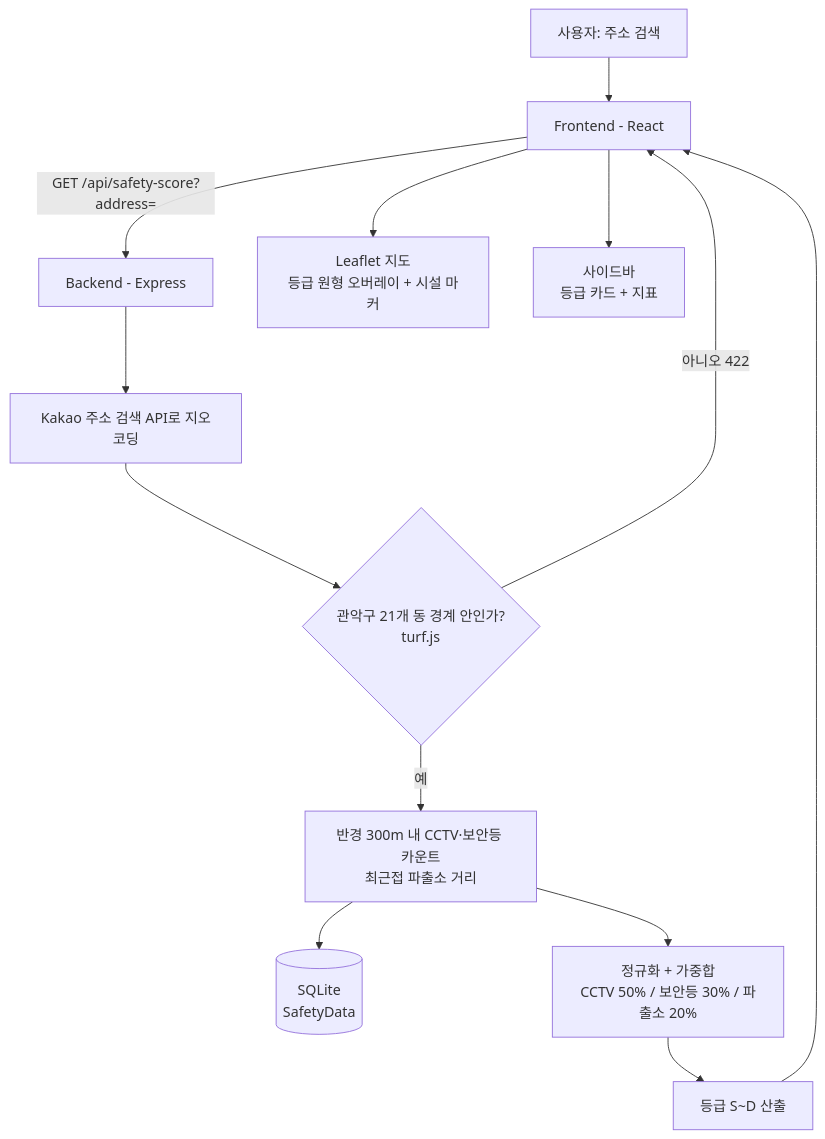
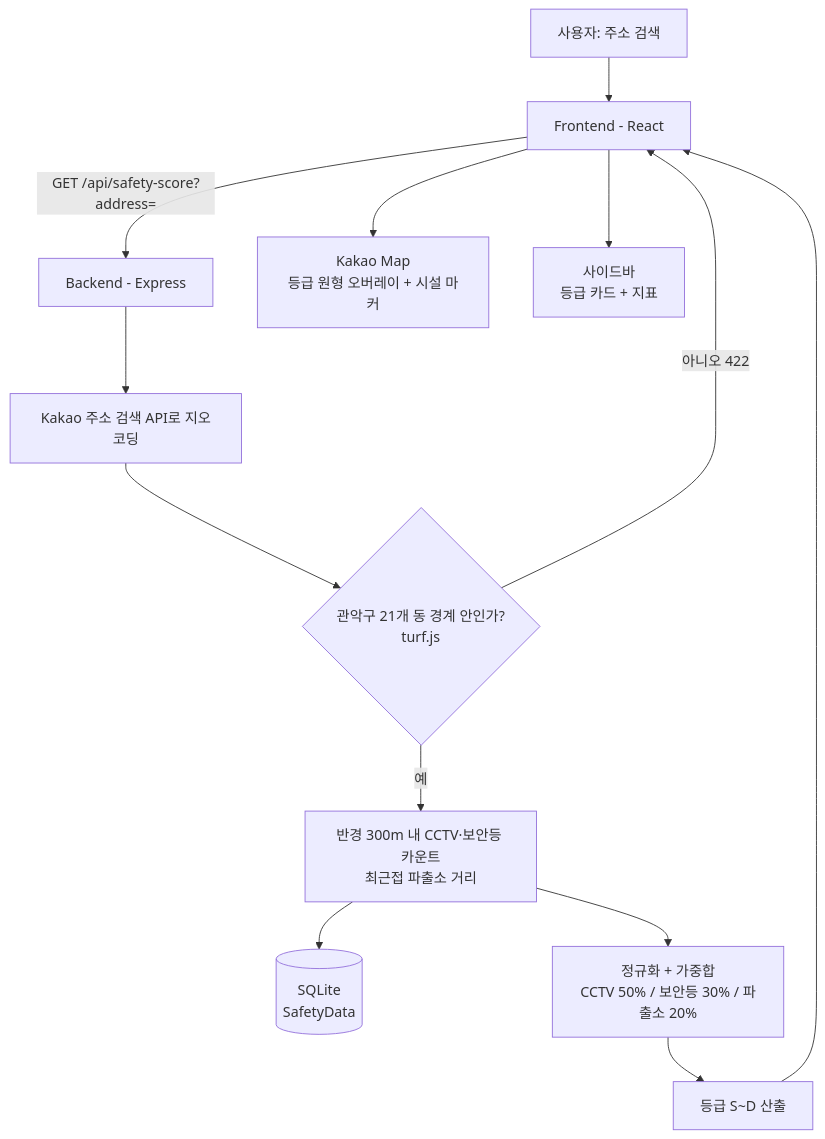
One commit to fud21/2026_GDGoC_SCH changed the diagram in README.md. Above: the diagram before and after it, drawn with Mermaid. The commit also changed other lines of this file and 5 other files, not shown here.

````diff
--- a/README.md
+++ b/README.md
@@ -58,15 +58,15 @@
 ```mermaid
 flowchart TD
     A[사용자: 주소 검색] --> B[Frontend - React]
     B -->|"GET /api/safety-score?address="| C[Backend - Express]
     C --> D[Kakao 주소 검색 API로 지오코딩]
     D --> E{관악구 21개 동 경계 안인가?<br/>turf.js}
     E -- 아니오 422 --> B
     E -- 예 --> F[반경 300m 내 CCTV·보안등 카운트<br/>최근접 파출소 거리]
     F --> G[(SQLite<br/>SafetyData)]
     F --> H[정규화 + 가중합<br/>CCTV 50% / 보안등 30% / 파출소 20%]
     H --> I[등급 S~D 산출]
     I --> B
-    B --> J[Leaflet 지도<br/>등급 원형 오버레이 + 시설 마커]
+    B --> J[Kakao Map<br/>등급 원형 오버레이 + 시설 마커]
     B --> K[사이드바<br/>등급 카드 + 지표]
 ```
````
